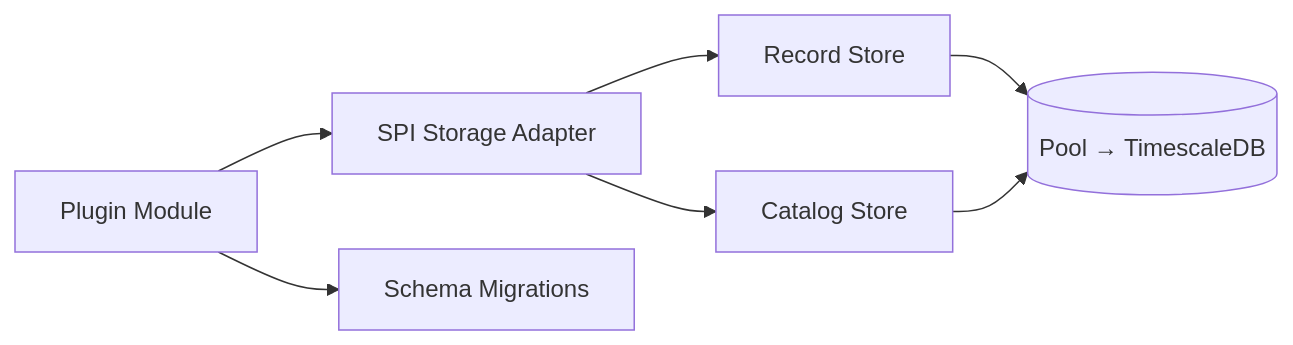
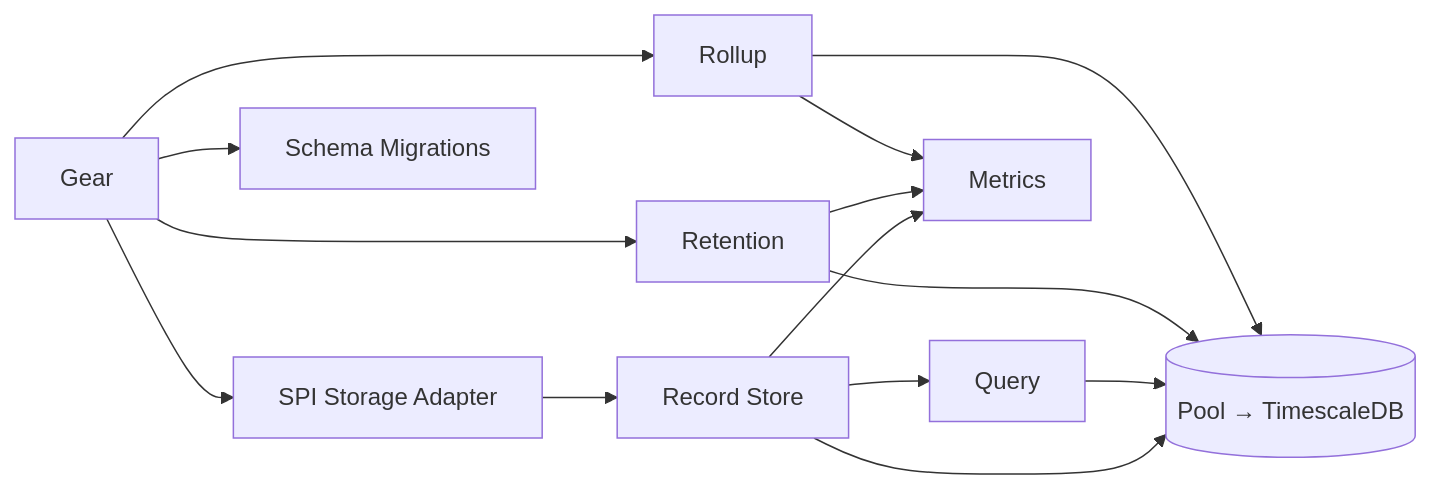
The second of 11 diagrams in gears/system/usage-collector/plugins/timescaledb-usage-collector-plugin/docs/DESIGN.md (Andrei-Iliushin-Constructor/gears-rust), drawn with Mermaid before and after one commit. The commit also changed other lines of this file and 38 other files, not shown here.

````diff
--- a/gears/system/usage-collector/plugins/timescaledb-usage-collector-plugin/docs/DESIGN.md
+++ b/gears/system/usage-collector/plugins/timescaledb-usage-collector-plugin/docs/DESIGN.md
@@ -229,9 +220,16 @@
 ```mermaid
 graph LR
-    Module["Plugin Module"] --> Adapter["SPI Storage Adapter"]
+    Gear["Gear"] --> Adapter["SPI Storage Adapter"]
     Adapter --> Record["Record Store"]
-    Adapter --> Catalog["Catalog Store"]
-    Module --> Migrations["Schema Migrations"]
+    Record --> Query["Query"]
+    Gear --> Migrations["Schema Migrations"]
+    Gear --> Retention["Retention"]
+    Gear --> Rollup["Rollup"]
     Record --> Pool[("Pool → TimescaleDB")]
-    Catalog --> Pool
+    Query --> Pool
+    Retention --> Pool
+    Rollup --> Pool
+    Record --> Metrics["Metrics"]
+    Retention --> Metrics
+    Rollup --> Metrics
 ```
````
